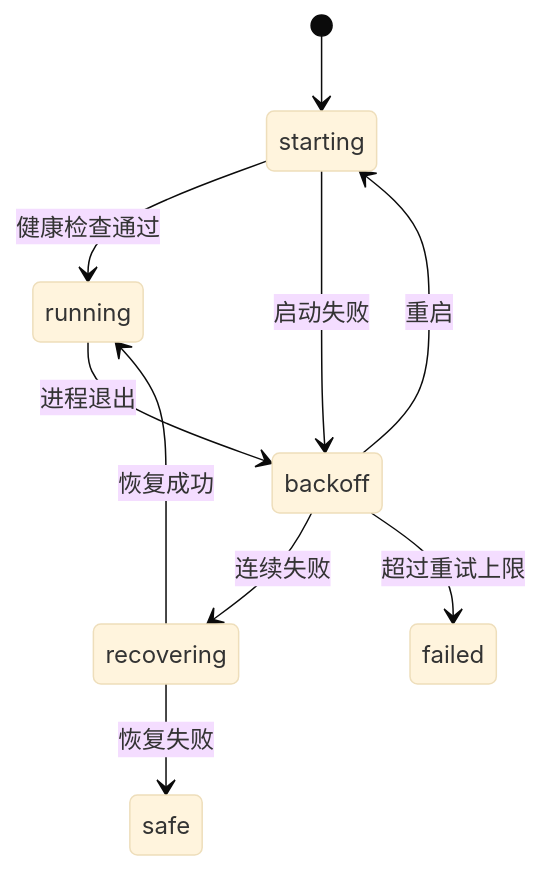
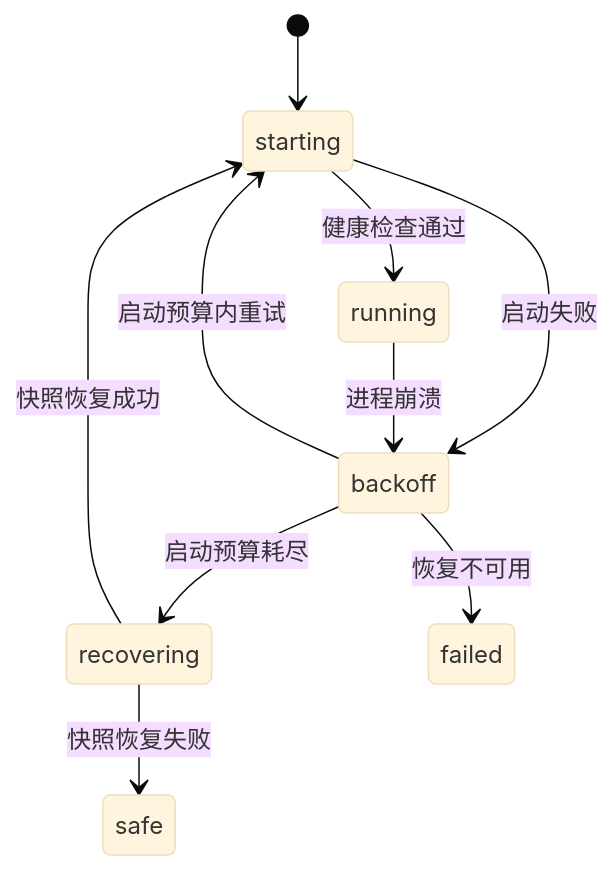
Before and after one commit to ChatLunaLab/doc: the diagram in docs/architecture/boot.md, drawn with Mermaid (base theme). The commit also changed other lines of this file and 12 other files, not shown here.

````diff
--- a/docs/architecture/boot.md
+++ b/docs/architecture/boot.md
@@ -134,12 +142,12 @@
 ```mermaid
 stateDiagram-v2
     [*] --> starting
     starting --> running: 健康检查通过
     starting --> backoff: 启动失败
-    running --> backoff: 进程退出
-    backoff --> starting: 重启
-    backoff --> recovering: 连续失败
-    recovering --> running: 恢复成功
-    recovering --> safe: 恢复失败
-    backoff --> failed: 超过重试上限
+    backoff --> starting: 启动预算内重试
+    backoff --> recovering: 启动预算耗尽
+    running --> backoff: 进程崩溃
+    recovering --> starting: 快照恢复成功
+    recovering --> safe: 快照恢复失败
+    backoff --> failed: 恢复不可用
 ```
````
